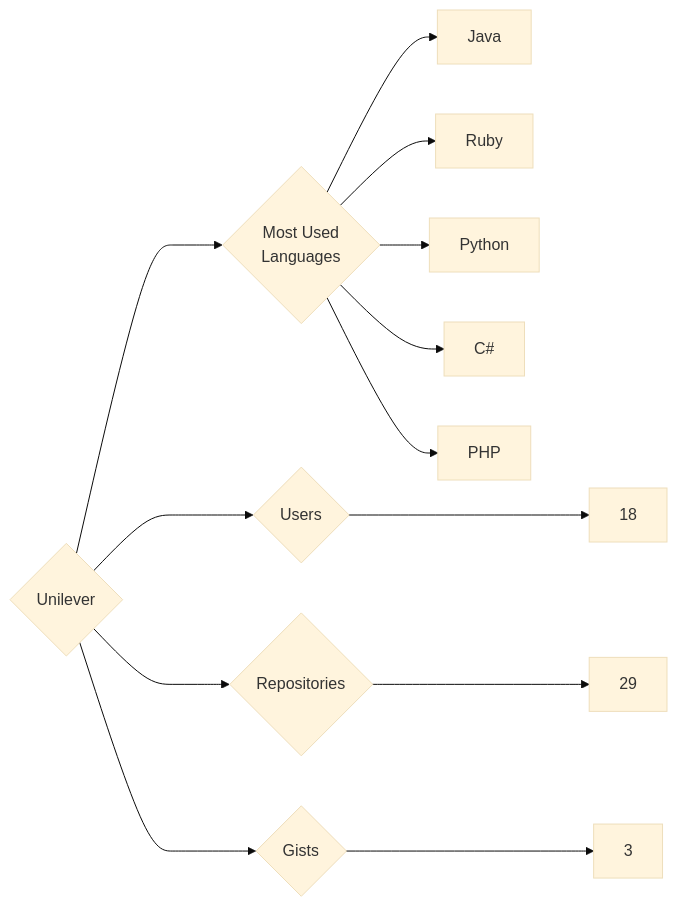
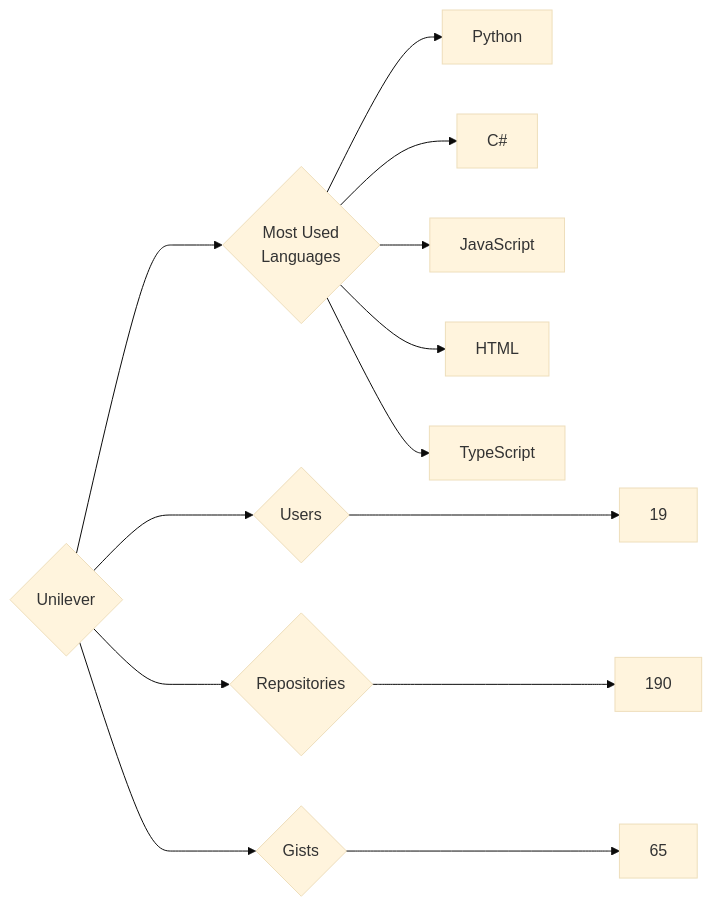
The diagram in targets/Unilever/README.md (trickest/insiders), drawn with Mermaid (base theme) before and after one commit. The commit also changed 940 other files, not shown here.

````diff
--- a/targets/Unilever/README.md
+++ b/targets/Unilever/README.md
@@ -3,13 +3,13 @@
 ```mermaid
 graph LR
 COMPANY_NAME{Unilever}
-COMPANY_NAME ---> U{Users} ---> UN[18]
-COMPANY_NAME ---> R{Repositories} ---> RN[29]
-COMPANY_NAME ---> G{Gists} ---> GN[3]
+COMPANY_NAME ---> U{Users} ---> UN[19]
+COMPANY_NAME ---> R{Repositories} ---> RN[190]
+COMPANY_NAME ---> G{Gists} ---> GN[65]
 COMPANY_NAME ---> ML{Most Used<br>Languages}
-ML --> Java[Java]
-ML --> Ruby[Ruby]
 ML --> Python[Python]
 ML --> C#[C#]
-ML --> PHP[PHP]
+ML --> JavaScript[JavaScript]
+ML --> HTML[HTML]
+ML --> TypeScript[TypeScript]
 ```
````
